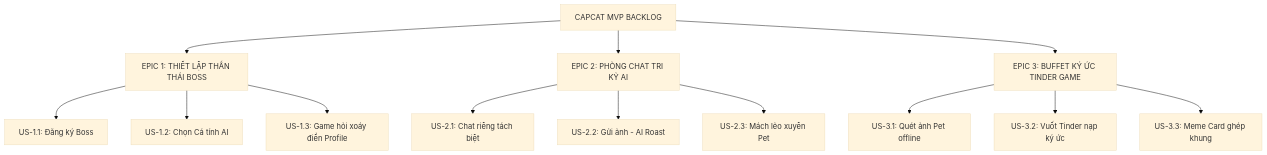
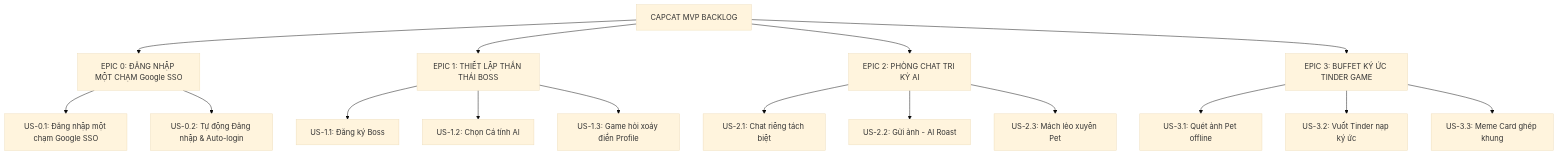
One commit to capcattech-stack/doca-umbrella-workspace changed the diagram in Document/07_AGILE_BACKLOG_MVP.md. Above: the diagram before and after it, drawn with Mermaid (base theme). The commit also changed other lines of this file, not shown here.

Commit message:
docs: add EPIC 0 Google SSO authentication to Agile Product Backlog

````diff
--- a/Document/07_AGILE_BACKLOG_MVP.md
+++ b/Document/07_AGILE_BACKLOG_MVP.md
@@ -10,18 +10,22 @@
 ```mermaid
 graph TD
-    MVP[CAPCAT MVP BACKLOG] --> E1[EPIC 1: THIẾT LẬP THẦN THÁI BOSS]
+    MVP[CAPCAT MVP BACKLOG] --> E0[EPIC 0: ĐĂNG NHẬP MỘT CHẠM Google SSO]
+    MVP --> E1[EPIC 1: THIẾT LẬP THẦN THÁI BOSS]
     MVP --> E2[EPIC 2: PHÒNG CHAT TRI KỶ AI]
     MVP --> E3[EPIC 3: BUFFET KÝ ỨC TINDER GAME]
+    
+    E0 --> US01[US-0.1: Đăng nhập một chạm Google SSO]
+    E0 --> US02[US-0.2: Tự động Đăng nhập & Auto-login]
     
     E1 --> US11[US-1.1: Đăng ký Boss]
     E1 --> US12[US-1.2: Chọn Cá tính AI]
     E1 --> US13[US-1.3: Game hỏi xoáy điền Profile]
     
     E2 --> US21[US-2.1: Chat riêng tách biệt]
     E2 --> US22[US-2.2: Gửi ảnh - AI Roast]
     E2 --> US23[US-2.3: Mách lẻo xuyên Pet]
     
     E3 --> US31[US-3.1: Quét ảnh Pet offline]
     E3 --> US32[US-3.2: Vuốt Tinder nạp ký ức]
     E3 --> US33[US-3.3: Meme Card ghép khung]
 ```
````
